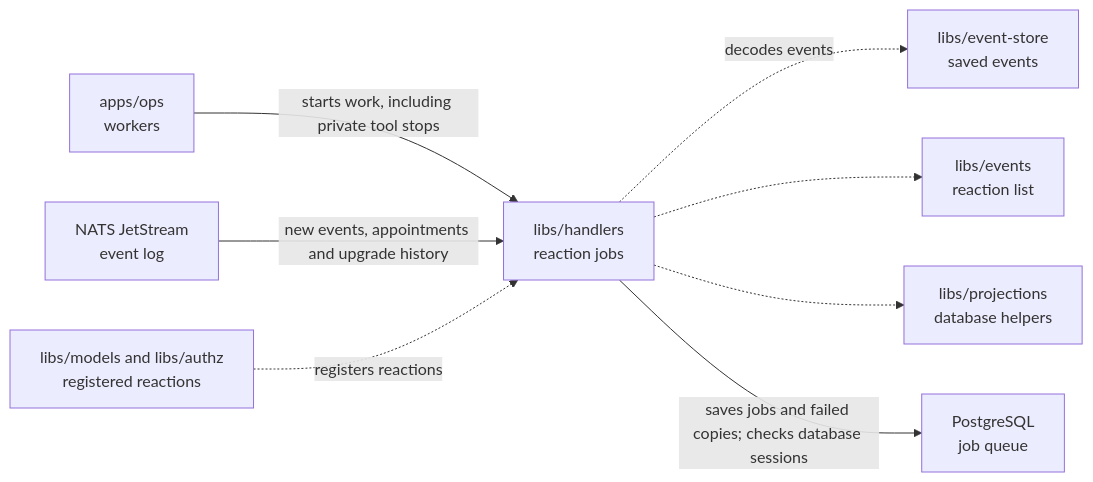
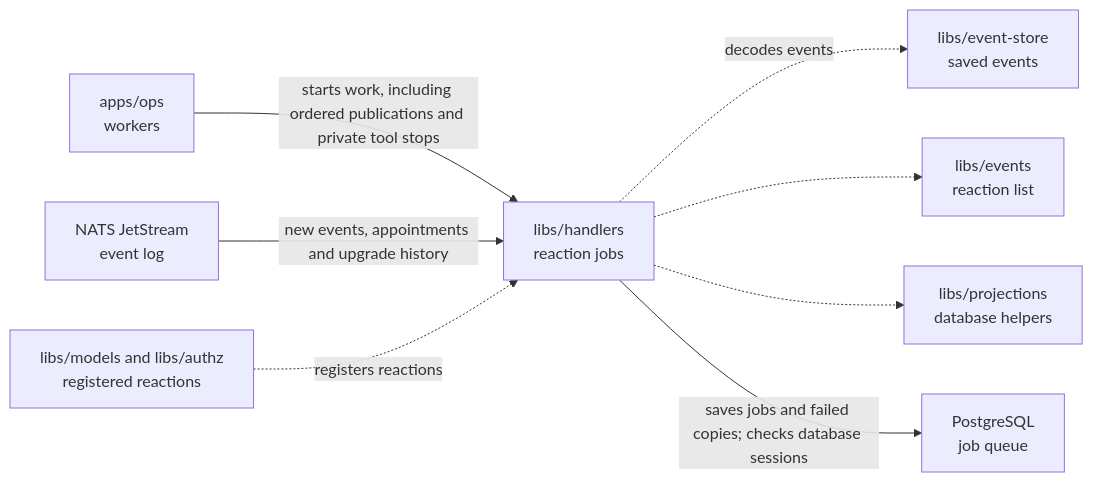
One commit to elewa-git/opencrane-new changed the diagram in libs/handlers/README.md. Above: the diagram before and after it, drawn with Mermaid. The commit also changed other lines of this file and 33 other files, not shown here.

````diff
--- a/libs/handlers/README.md
+++ b/libs/handlers/README.md
@@ -28,10 +28,10 @@
 ```mermaid
 flowchart LR
-  ops["apps/ops<br/>workers"] -->|starts work, including private tool stops| handlers["libs/handlers<br/>reaction jobs"]
+  ops["apps/ops<br/>workers"] -->|starts work, including ordered publications and private tool stops| handlers["libs/handlers<br/>reaction jobs"]
   nats["NATS JetStream<br/>event log"] -->|new events, appointments and upgrade history| handlers
   reactions["libs/models and libs/authz<br/>registered reactions"] -.->|registers reactions| handlers
   handlers -.->|decodes events| store["libs/event-store<br/>saved events"]
   handlers -.-> events["libs/events<br/>reaction list"]
   handlers -.-> projections["libs/projections<br/>database helpers"]
   handlers -->|saves jobs and failed copies; checks database sessions| pg["PostgreSQL<br/>job queue"]
 ```
````
